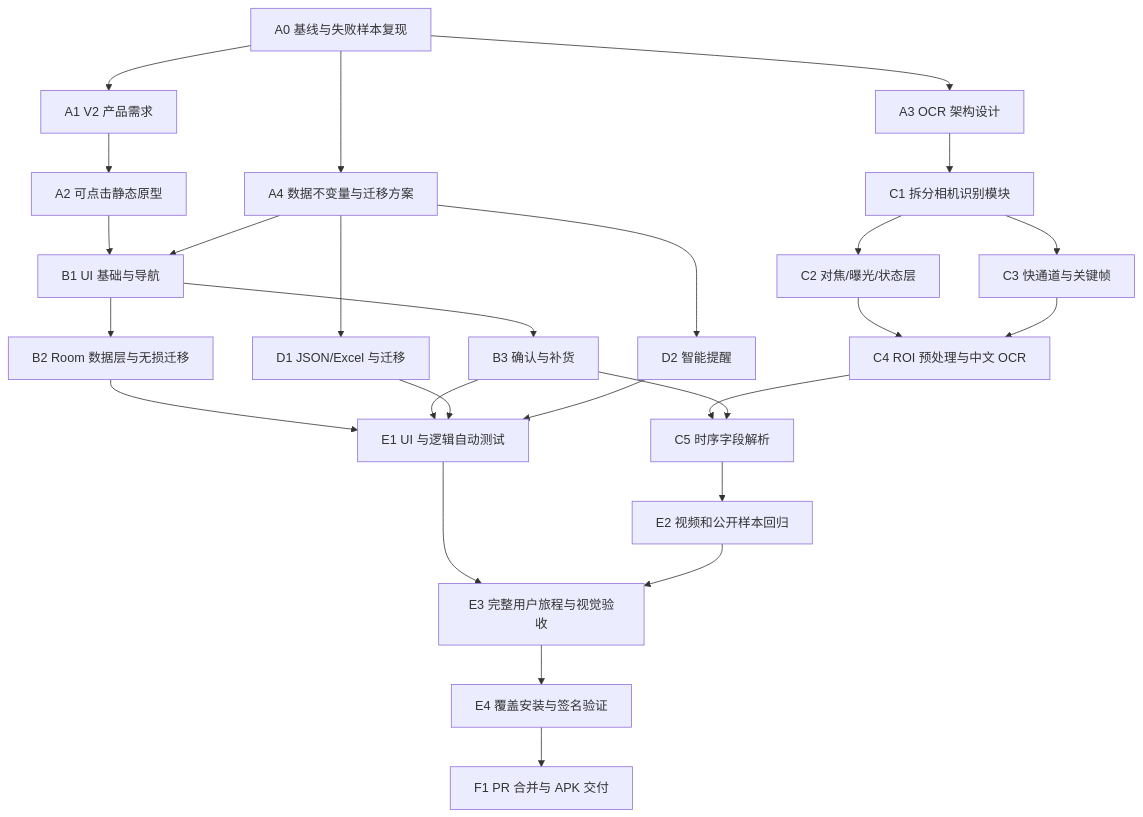
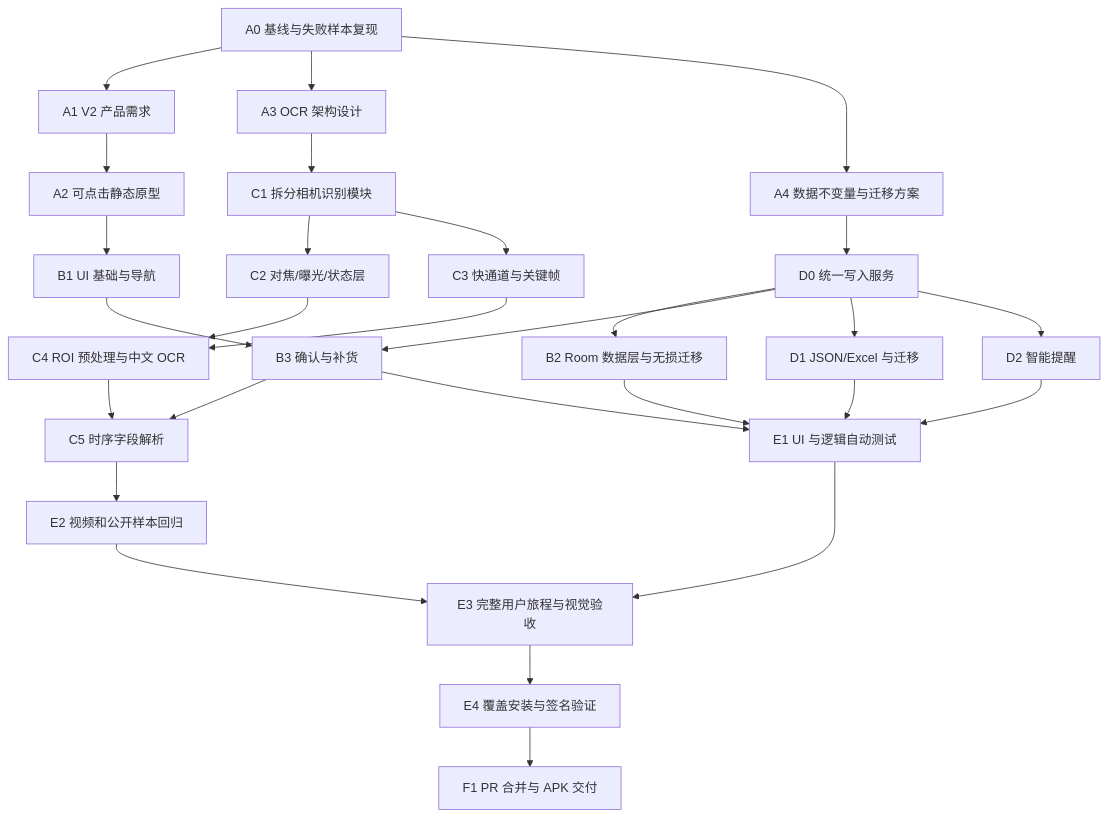
The diagram in docs/redesign-v2/IMPLEMENTATION_PLAN.md (2w2w23e/wechat-food-expiry-tracker), drawn with Mermaid before and after one commit. The commit also changed other lines of this file and 344 other files, not shown here.

````diff
--- a/docs/redesign-v2/IMPLEMENTATION_PLAN.md
+++ b/docs/redesign-v2/IMPLEMENTATION_PLAN.md
@@ -23,29 +23,30 @@
 ```mermaid
 flowchart TD
     A0["A0 基线与失败样本复现"] --> A1["A1 V2 产品需求"]
     A0 --> A3["A3 OCR 架构设计"]
     A0 --> A4["A4 数据不变量与迁移方案"]
     A1 --> A2["A2 可点击静态原型"]
     A2 --> B1["B1 UI 基础与导航"]
-    A4 --> B1
-    B1 --> B2["B2 Room 数据层与无损迁移"]
+    A4 --> D0["D0 统一写入服务"]
+    D0 --> B2["B2 Room 数据层与无损迁移"]
     B1 --> B3["B3 确认与补货"]
+    D0 --> B3
     A3 --> C1["C1 拆分相机识别模块"]
     C1 --> C2["C2 对焦/曝光/状态层"]
     C1 --> C3["C3 快通道与关键帧"]
     C2 --> C4["C4 ROI 预处理与中文 OCR"]
     C3 --> C4
     C4 --> C5["C5 时序字段解析"]
     B3 --> C5
-    A4 --> D1["D1 JSON/Excel 与迁移"]
-    A4 --> D2["D2 智能提醒"]
+    D0 --> D1["D1 JSON/Excel 与迁移"]
+    D0 --> D2["D2 智能提醒"]
     B2 --> E1["E1 UI 与逻辑自动测试"]
     B3 --> E1
     C5 --> E2["E2 视频和公开样本回归"]
     D1 --> E1
     D2 --> E1
     E1 --> E3["E3 完整用户旅程与视觉验收"]
     E2 --> E3
     E3 --> E4["E4 覆盖安装与签名验证"]
     E4 --> F1["F1 PR 合并与 APK 交付"]
 ```
````
